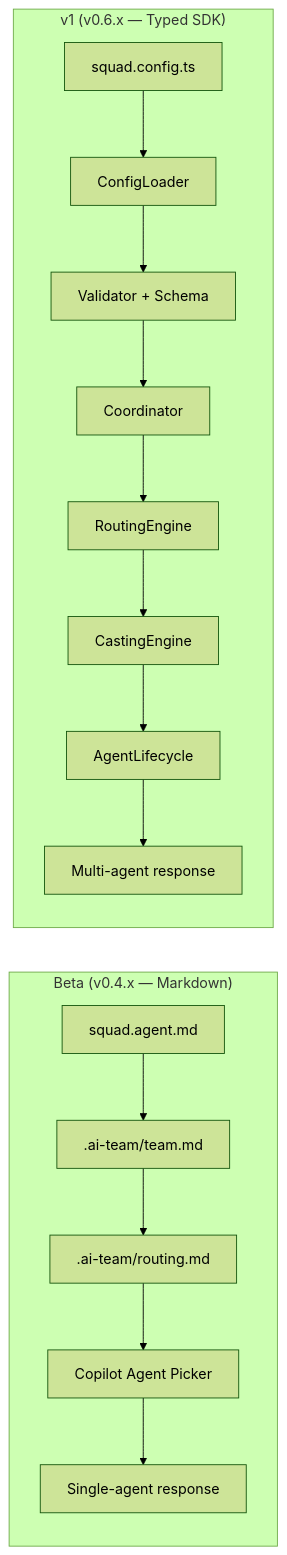
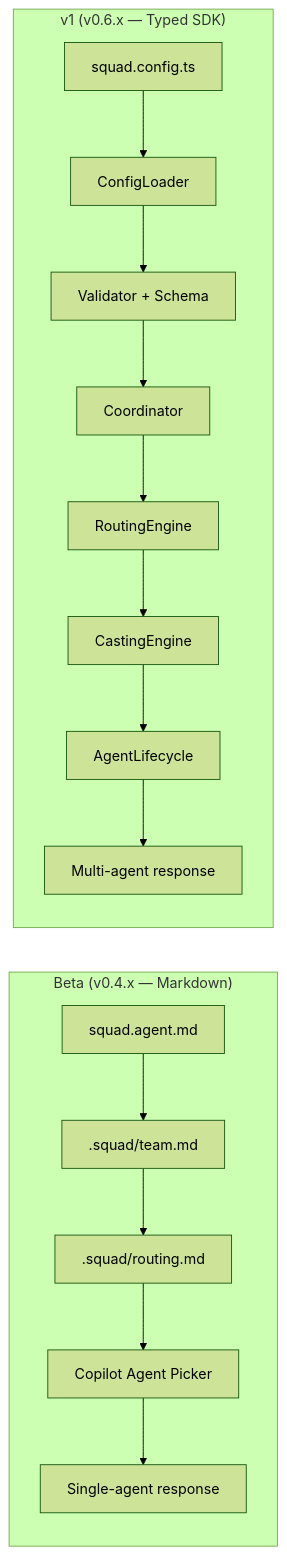
One commit to bradygaster/squad-places changed the first of 5 diagrams in docs/architecture/diagrams.md. Above: the diagram before and after it, drawn with Mermaid (forest theme). The commit also changed other lines of this file and 36 other files, not shown here.

````diff
--- a/docs/architecture/diagrams.md
+++ b/docs/architecture/diagrams.md
@@ -9,19 +9,19 @@
 ```mermaid
 graph LR
   subgraph "Beta (v0.4.x — Markdown)"
-    A1[squad.agent.md] --> A2[.ai-team/team.md]
-    A2 --> A3[.ai-team/routing.md]
+    A1[squad.agent.md] --> A2[.squad/team.md]
+    A2 --> A3[.squad/routing.md]
     A3 --> A4[Copilot Agent Picker]
     A4 --> A5[Single-agent response]
   end
 
   subgraph "v1 (v0.6.x — Typed SDK)"
     B1[squad.config.ts] --> B2[ConfigLoader]
     B2 --> B3[Validator + Schema]
     B3 --> B4[Coordinator]
     B4 --> B5[RoutingEngine]
     B5 --> B6[CastingEngine]
     B6 --> B7[AgentLifecycle]
     B7 --> B8[Multi-agent response]
   end
 ```
````
